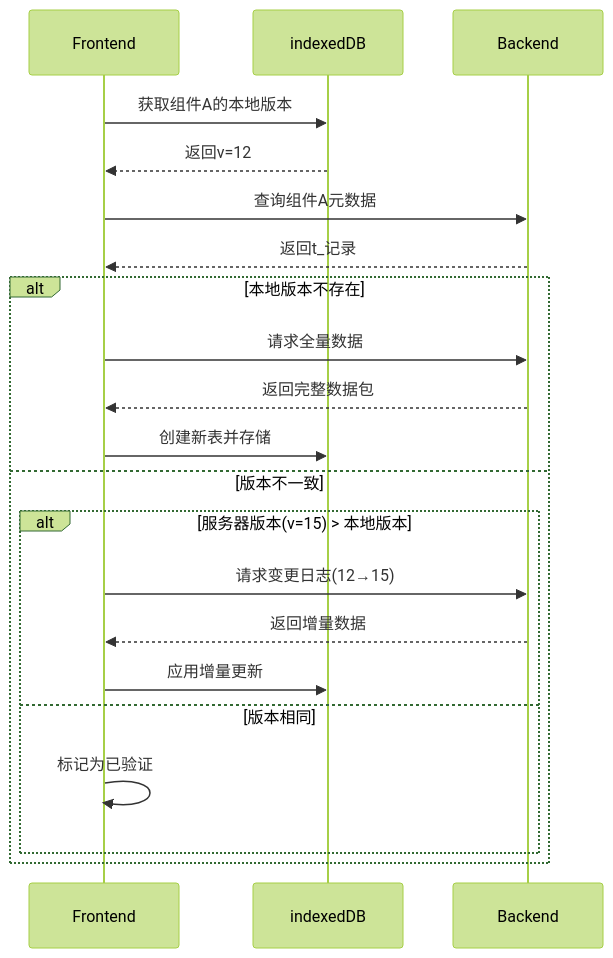
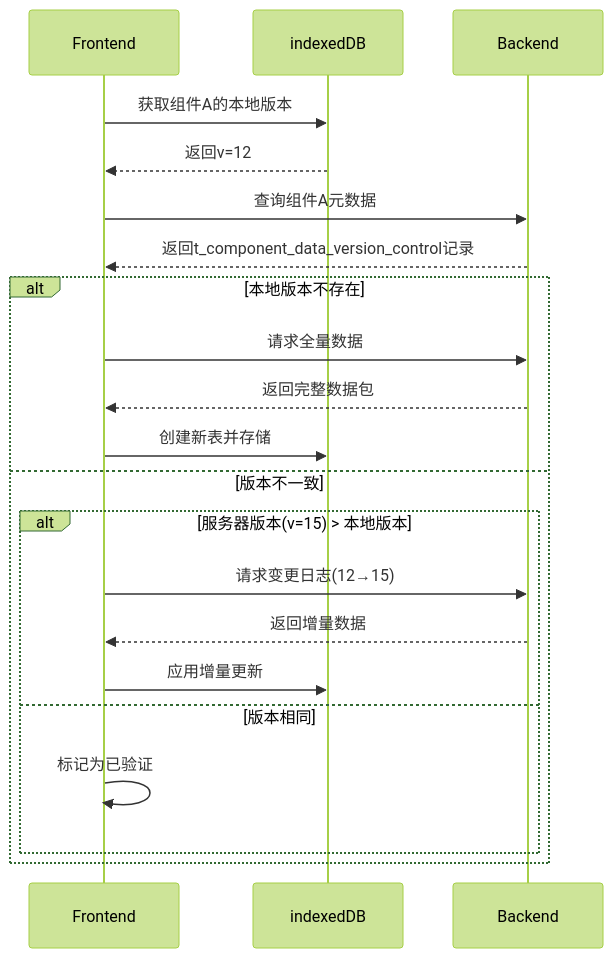
One commit to yingjianzh/iodraw-files changed the diagram in all/未命名-24.md. Above: the diagram before and after it, drawn with Mermaid (forest theme).

Commit message:
2025-02-24 17:15:25 update

````diff
--- a/all/未命名-24.md
+++ b/all/未命名-24.md
@@ -1,26 +1,26 @@
 ```mermaid
 sequenceDiagram
     participant Frontend
     participant indexedDB
     participant Backend
 
     Frontend->>indexedDB: 获取组件A的本地版本
     indexedDB-->>Frontend: 返回v=12
     
     Frontend->>Backend: 查询组件A元数据
-    Backend-->>Frontend: 返回t_记录
+    Backend-->>Frontend: 返回t_component_data_version_control记录
     
     alt 本地版本不存在
         Frontend->>Backend: 请求全量数据
         Backend-->>Frontend: 返回完整数据包
         Frontend->>indexedDB: 创建新表并存储
     else 版本不一致
         alt 服务器版本(v=15) > 本地版本
             Frontend->>Backend: 请求变更日志(12→15)
             Backend-->>Frontend: 返回增量数据
             Frontend->>indexedDB: 应用增量更新
         else 版本相同
             Frontend->>Frontend: 标记为已验证
         end
     end
 ```
````
